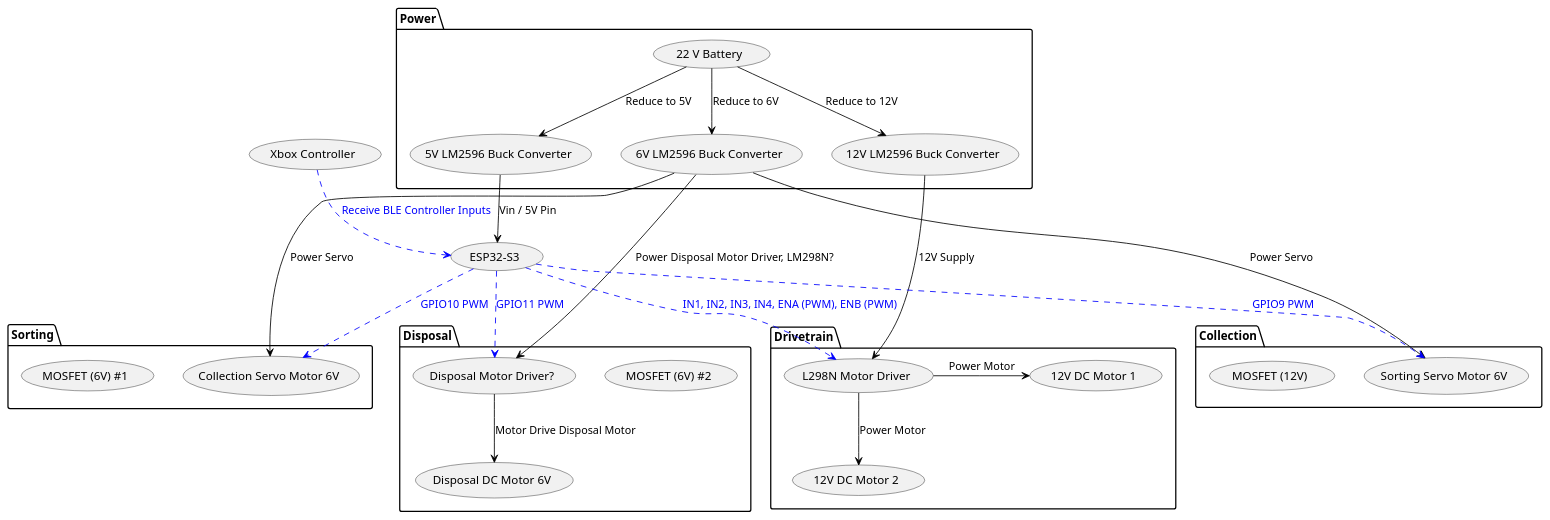
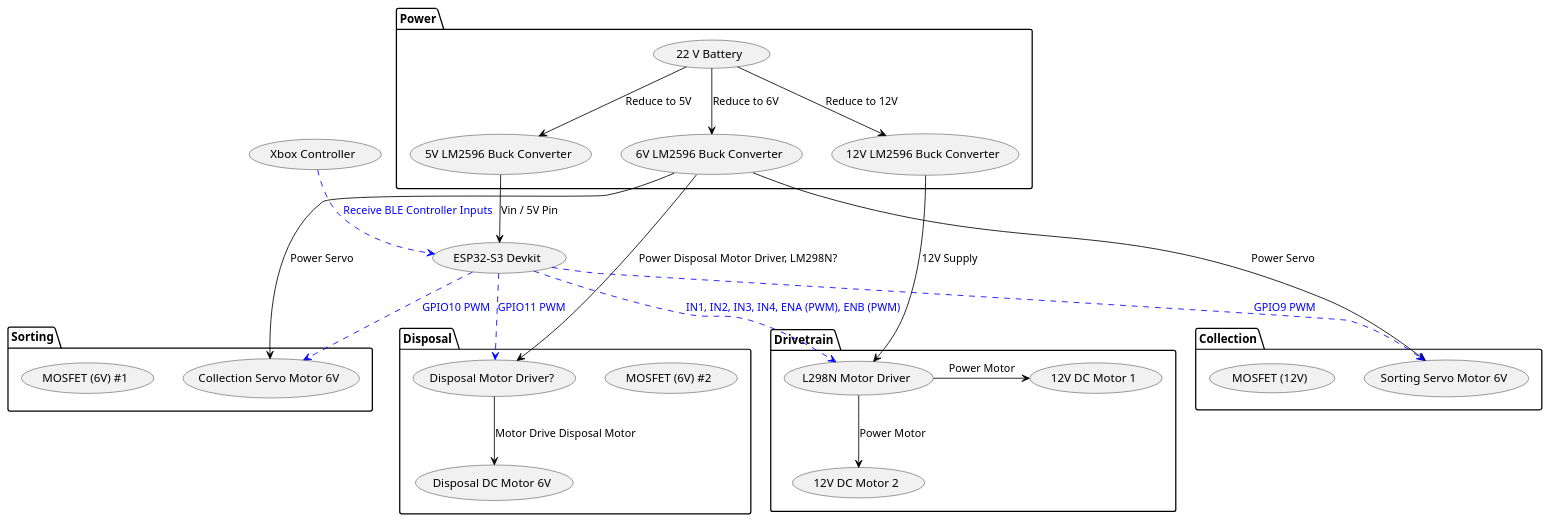
The diagram in Documentation/Diagram/Diagram/Diagram1.plantuml (RajitTalluri/ASME_SDC_-25--26), drawn with PlantUML before and after one commit. The commit also changed 1 other file, not shown here.

Commit message:
Added drivetrain functions to BLE script

```diff
--- a/Documentation/Diagram/Diagram/Diagram1.plantuml
+++ b/Documentation/Diagram/Diagram/Diagram1.plantuml
@@ -1,61 +1,61 @@
 @startuml ASME SDC 25-26 Diagram
 
 package Power {
 usecase "22 V Battery" as B
 usecase "12V LM2596 Buck Converter" as BC12
 usecase "6V LM2596 Buck Converter" as BC6
 usecase "5V LM2596 Buck Converter" as BC5
 }
 
 package Drivetrain {
     usecase "L298N Motor Driver" as L298N
     usecase "12V DC Motor 1" as DC1
     usecase "12V DC Motor 2" as DC2
 }
 
 package Collection {
     usecase "Sorting Servo Motor 6V" as SSM
     usecase "MOSFET (12V)" as MOS12
 }
 
 package Sorting {
     usecase "Collection Servo Motor 6V" as CSM
     usecase "MOSFET (6V) #1" as MOS61
 }
 
 package Disposal {
     usecase "Disposal DC Motor 6V" as DSM
     usecase "MOSFET (6V) #2" as MOS62
     usecase "Disposal Motor Driver?" as DMD
 }
 
 
-(Xbox Controller) ..> (ESP32-S3) #blue;text:blue : Receive BLE Controller Inputs
+(Xbox Controller) ..> (ESP32-S3 Devkit) #blue;text:blue : Receive BLE Controller Inputs
 
 
 'POWER
 B --> BC12 #black;text:black : Reduce to 12V
 B --> BC6 #black;text:black : Reduce to 6V
 B --> BC5 #black;text:black : Reduce to 5V
 
 BC12 --> L298N #black;text:black : 12V Supply
 L298N-> DC1 #black;text:black : Power Motor
 L298N --> DC2 #black;text:black : Power Motor
 
-BC5 --> (ESP32-S3) #black;text:black : Vin / 5V Pin
+BC5 --> (ESP32-S3 Devkit) #black;text:black : Vin / 5V Pin
 
 BC6 --> SSM #black;text:black : Power Servo
 BC6 --> CSM #black;text:black : Power Servo
 BC6 --> DMD #black;text:black : Power Disposal Motor Driver, LM298N?
 DMD --> DSM #black;text:black : Motor Drive Disposal Motor
 
 'Pins
-(ESP32-S3) ..> L298N #blue;text:blue : IN1, IN2, IN3, IN4, ENA (PWM), ENB (PWM)
+(ESP32-S3 Devkit) ..> L298N #blue;text:blue : IN1, IN2, IN3, IN4, ENA (PWM), ENB (PWM)
 ' IN1-->GPIO6, IN2-->GPIO7, IN3-->GPIO15, IN4-->GPIO16, ENA-->GPIO17, ENB-->GPIO18
 
-(ESP32-S3) ..> SSM #blue;text:blue : GPIO9 PWM
-(ESP32-S3) ..> CSM #blue;text:blue : GPIO10 PWM
-(ESP32-S3) ..> DMD #blue;text:blue : GPIO11 PWM
+(ESP32-S3 Devkit) ..> SSM #blue;text:blue : GPIO9 PWM
+(ESP32-S3 Devkit) ..> CSM #blue;text:blue : GPIO10 PWM
+(ESP32-S3 Devkit) ..> DMD #blue;text:blue : GPIO11 PWM
 
 
 @enduml
```
